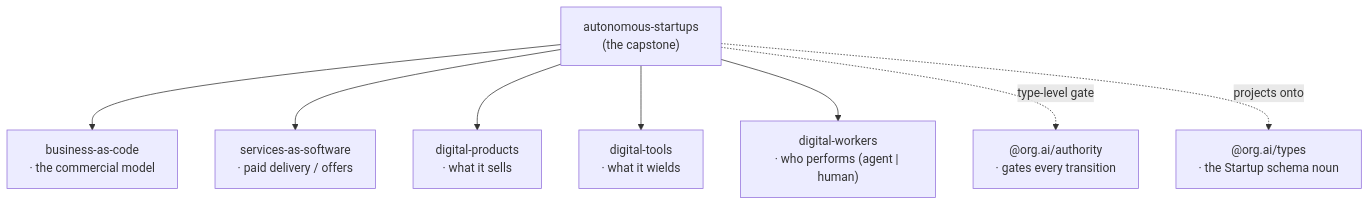
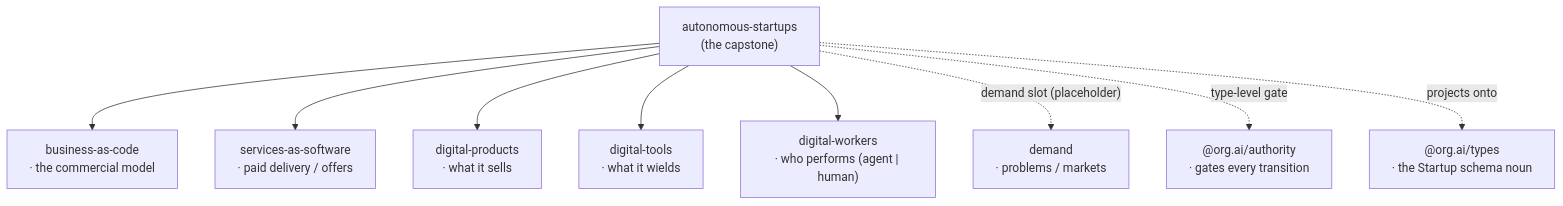
Before and after one commit to dot-org-ai/primitives.org.ai: the first of 2 diagrams in packages/autonomous-startups/README.md, drawn with Mermaid. The commit also changed other lines of this file and 13 other files, not shown here.

````diff
--- a/packages/autonomous-startups/README.md
+++ b/packages/autonomous-startups/README.md
@@ -21,19 +37,20 @@
 ```mermaid
 graph TD
   AS["autonomous-startups<br/>(the capstone)"]
   BAC["business-as-code<br/>· the commercial model"]
   SAS["services-as-software<br/>· paid delivery / offers"]
   DP["digital-products<br/>· what it sells"]
   DT["digital-tools<br/>· what it wields"]
   DW["digital-workers<br/>· who performs (agent | human)"]
   AUTH["@org.ai/authority<br/>· gates every transition"]
   TYPES["@org.ai/types<br/>· the Startup schema noun"]
 
   AS --> BAC
   AS --> SAS
   AS --> DP
   AS --> DT
   AS --> DW
+  AS -. "demand slot (placeholder)" .-> DEMAND["demand<br/>· problems / markets"]
   AS -. "type-level gate" .-> AUTH
   AS -. "projects onto" .-> TYPES
 ```
````
